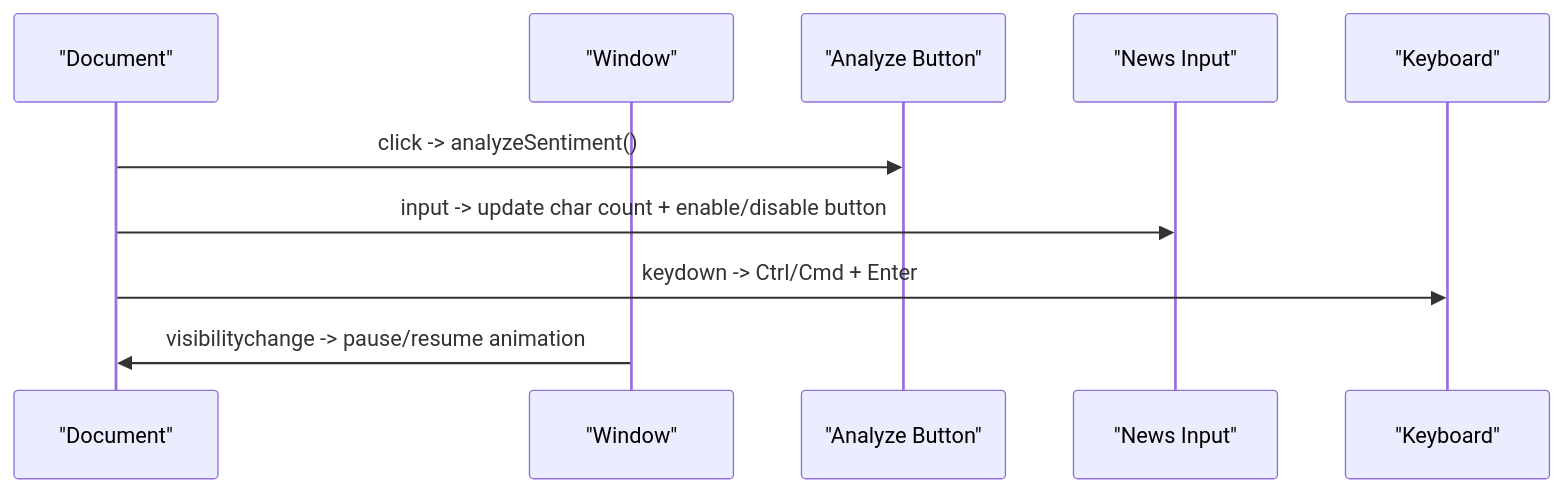
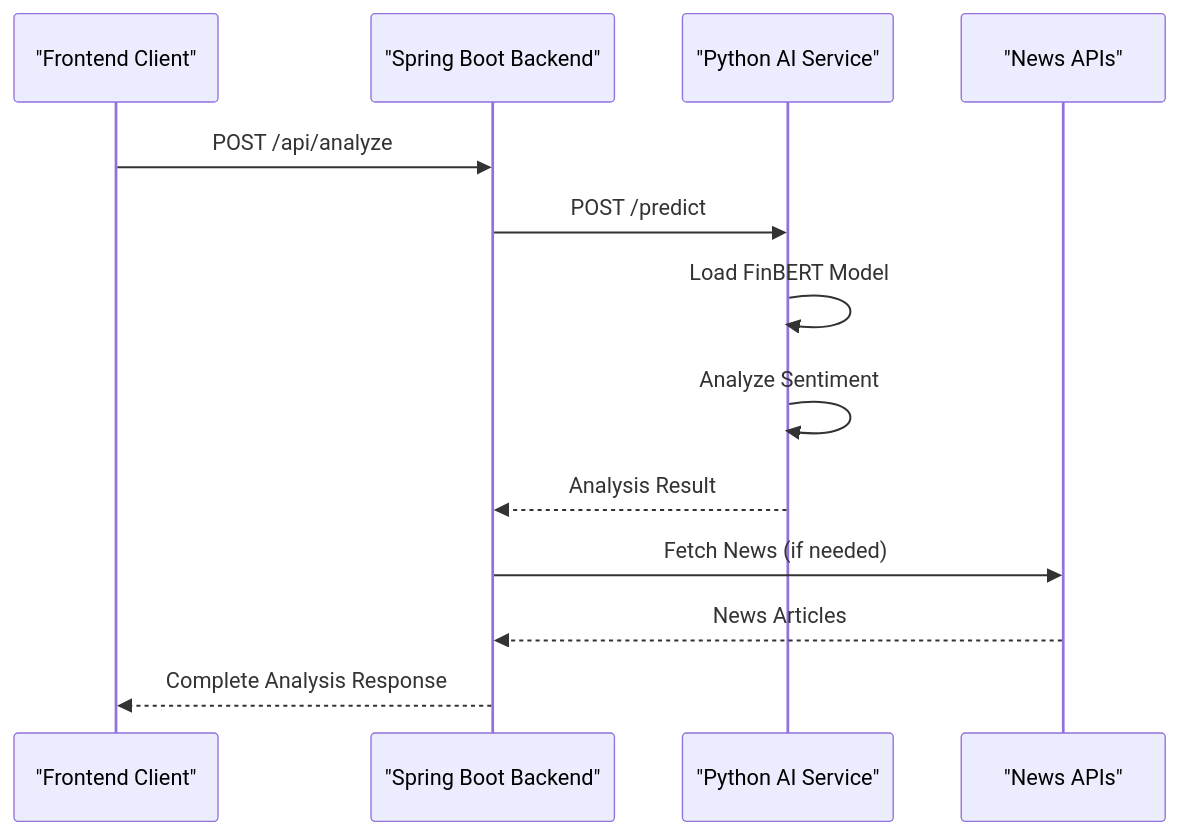
The second of 2 diagrams in .qoder/repowiki/en/content/Core Architecture.md (ayushtiwari1526/TheReinforcers_AyushTiwari), drawn with Mermaid before and after one commit. The commit also changed other lines of this file and 21 other files, not shown here.

````diff
--- a/.qoder/repowiki/en/content/Core Architecture.md
+++ b/.qoder/repowiki/en/content/Core Architecture.md
@@ -277,12 +132,15 @@
 ```mermaid
 sequenceDiagram
-participant Doc as "Document"
-participant Win as "Window"
-participant Btn as "Analyze Button"
-participant Inp as "News Input"
-participant Kbd as "Keyboard"
-Doc->>Btn : click -> analyzeSentiment()
-Doc->>Inp : input -> update char count + enable/disable button
-Doc->>Kbd : keydown -> Ctrl/Cmd + Enter
-Win->>Doc : visibilitychange -> pause/resume animation
+participant Client as "Frontend Client"
+participant Backend as "Spring Boot Backend"
+participant AIService as "Python AI Service"
+participant ExternalAPI as "News APIs"
+Client->>Backend : POST /api/analyze
+Backend->>AIService : POST /predict
+AIService->>AIService : Load FinBERT Model
+AIService->>AIService : Analyze Sentiment
+AIService-->>Backend : Analysis Result
+Backend->>ExternalAPI : Fetch News (if needed)
+ExternalAPI-->>Backend : News Articles
+Backend-->>Client : Complete Analysis Response
 ```
````
